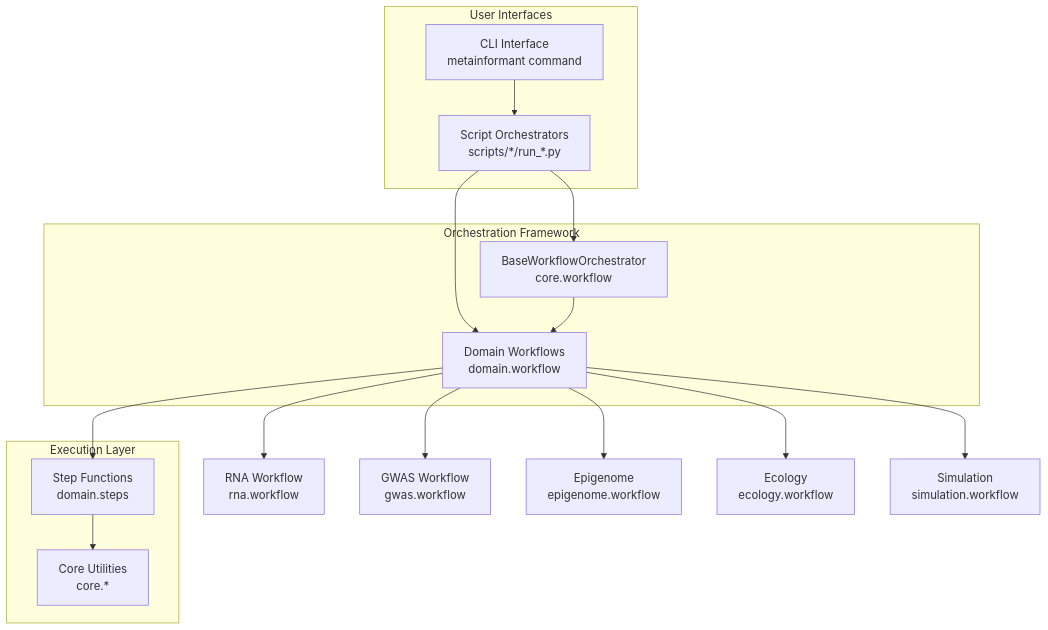
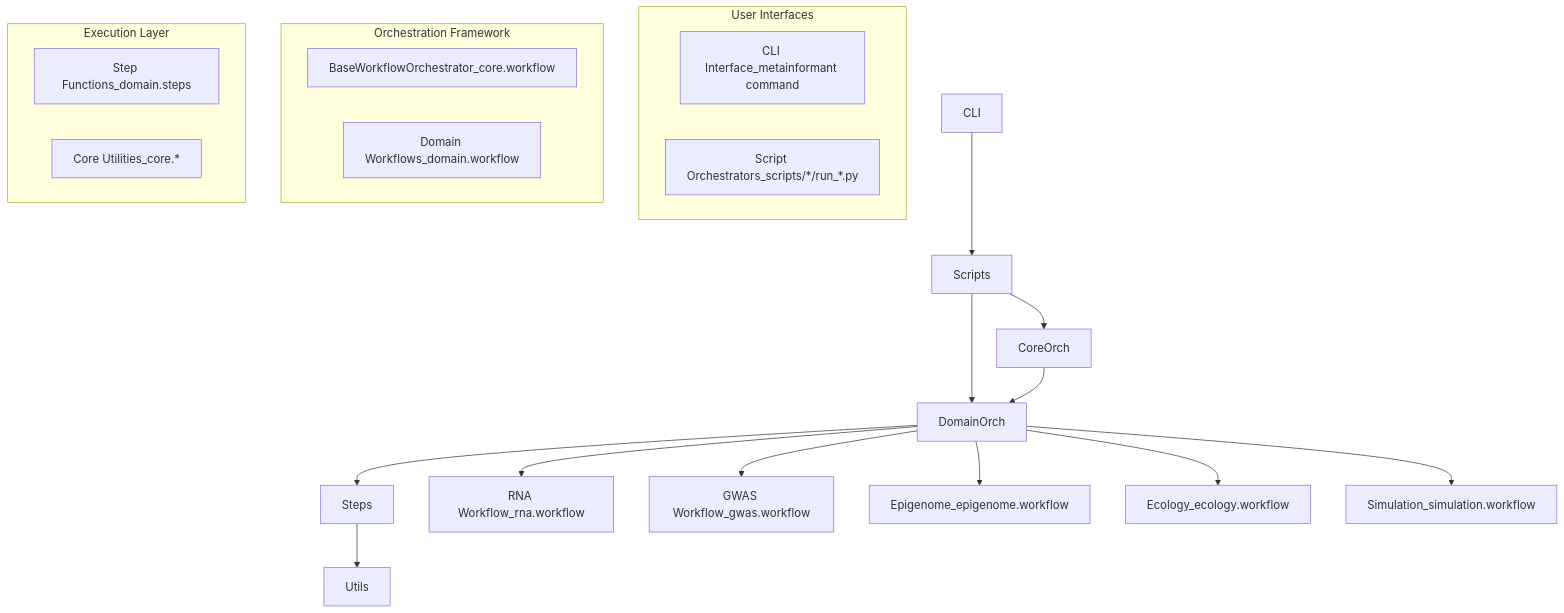
One commit to docxology/MetaInformAnt changed the first of 2 diagrams in docs/ORCHESTRATION.md. Above: the diagram before and after it, drawn with Mermaid. The commit also changed other lines of this file and 611 other files, not shown here.

````diff
--- a/docs/ORCHESTRATION.md
+++ b/docs/ORCHESTRATION.md
@@ -9,30 +9,30 @@
 ```mermaid
 flowchart TB
     subgraph "User Interfaces"
-        CLI[CLI Interface<br/>metainformant command]
-        Scripts[Script Orchestrators<br/>scripts/*/run_*.py]
+        CLIcliInterfaceMetainformantCommand[CLI Interface_metainformant command]
+        ScriptsscriptOrchestratorsScripts/*/run*.py[Script Orchestrators_scripts/*/run_*.py]
     end
 
     subgraph "Orchestration Framework"
-        CoreOrch[BaseWorkflowOrchestrator<br/>core.workflow]
-        DomainOrch[Domain Workflows<br/>domain.workflow]
+        CoreOrchbaseworkfloworchestratorCore.workflow[BaseWorkflowOrchestrator_core.workflow]
+        DomainOrchdomainWorkflowsDomain.workflow[Domain Workflows_domain.workflow]
     end
 
     subgraph "Execution Layer"
-        Steps[Step Functions<br/>domain.steps]
-        Utils[Core Utilities<br/>core.*]
+        StepsstepFunctionsDomain.steps[Step Functions_domain.steps]
+        UtilscoreUtilitiesCore.*[Core Utilities_core.*]
     end
 
     CLI --> Scripts
     Scripts --> CoreOrch
     Scripts --> DomainOrch
     CoreOrch --> DomainOrch
     DomainOrch --> Steps
     Steps --> Utils
 
-    DomainOrch --> RNA[RNA Workflow<br/>rna.workflow]
-    DomainOrch --> GWAS[GWAS Workflow<br/>gwas.workflow]
-    DomainOrch --> EPI[Epigenome<br/>epigenome.workflow]
-    DomainOrch --> ECO[Ecology<br/>ecology.workflow]
-    DomainOrch --> SIM[Simulation<br/>simulation.workflow]
+    DomainOrch --> RNArnaWorkflowRna.workflow[RNA Workflow_rna.workflow]
+    DomainOrch --> GWASgwasWorkflowGwas.workflow[GWAS Workflow_gwas.workflow]
+    DomainOrch --> EPIepigenomeEpigenome.workflow[Epigenome_epigenome.workflow]
+    DomainOrch --> ECOecologyEcology.workflow[Ecology_ecology.workflow]
+    DomainOrch --> SIMsimulationSimulation.workflow[Simulation_simulation.workflow]
 ```
````
